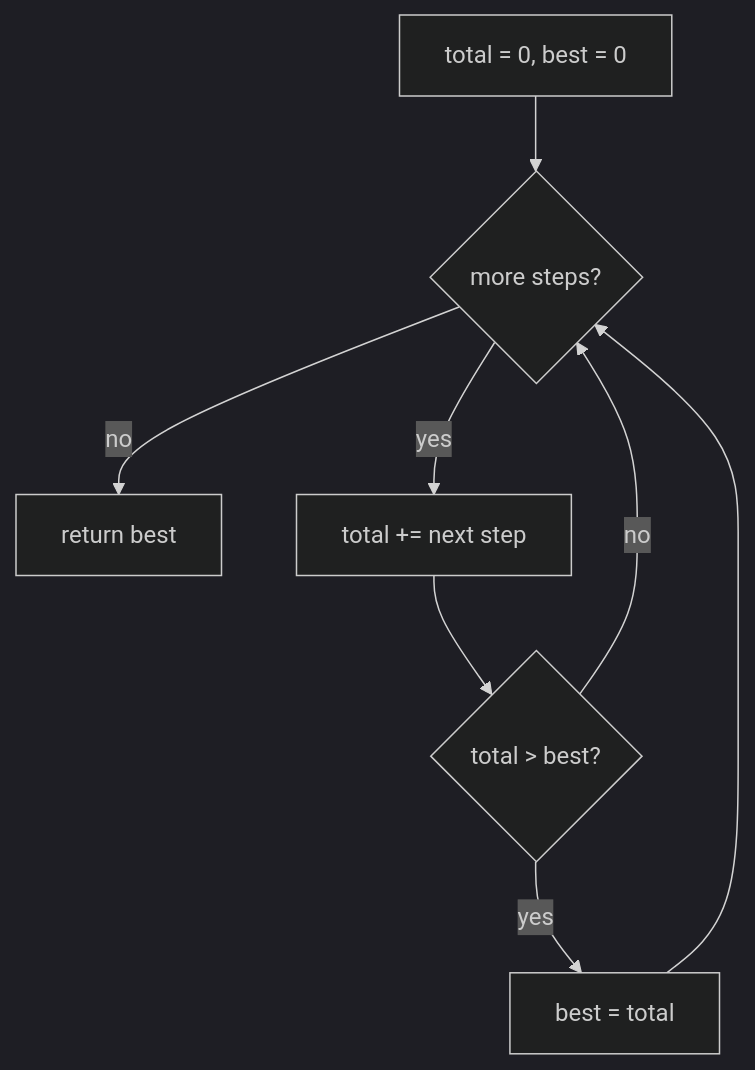
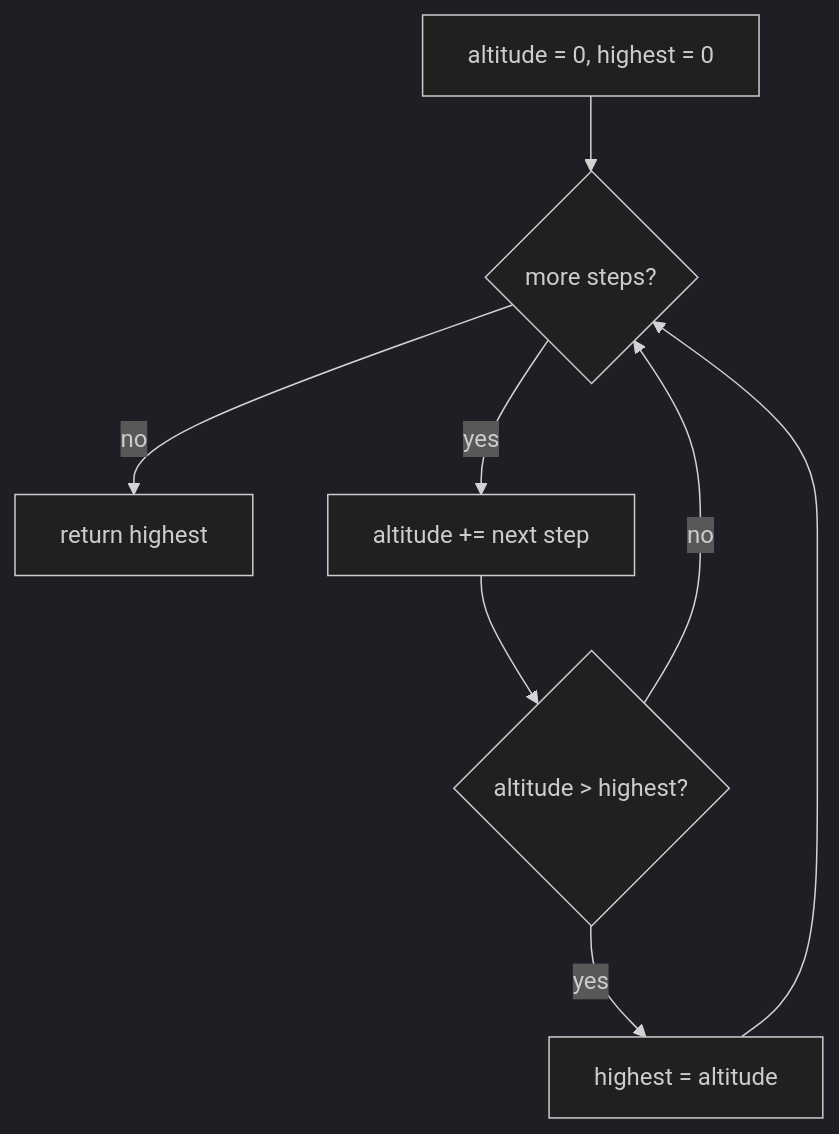
One commit to Albertobar94/ts-algorithms changed the diagram in techniques/prefix-sum/highest-altitude/README.md. Above: the diagram before and after it, drawn with Mermaid (dark theme). The commit also changed other lines of this file and 43 other files, not shown here.

````diff
--- a/techniques/prefix-sum/highest-altitude/README.md
+++ b/techniques/prefix-sum/highest-altitude/README.md
@@ -72,10 +72,10 @@
 ```mermaid
 flowchart TD
-    A[total = 0, best = 0] --> B{more steps?}
-    B -- no --> Z[return best]
-    B -- yes --> C[total += next step]
-    C --> D{total > best?}
-    D -- yes --> E[best = total]
+    A[altitude = 0, highest = 0] --> B{more steps?}
+    B -- no --> Z[return highest]
+    B -- yes --> C[altitude += next step]
+    C --> D{altitude > highest?}
+    D -- yes --> E[highest = altitude]
     D -- no --> B
     E --> B
 ```
````
